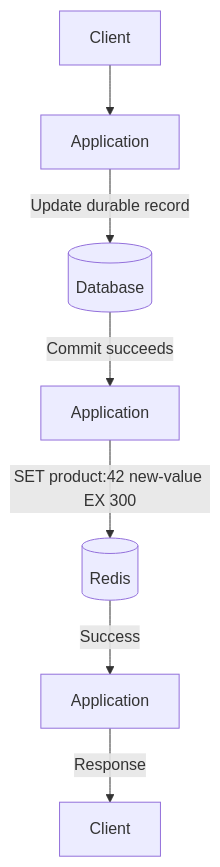
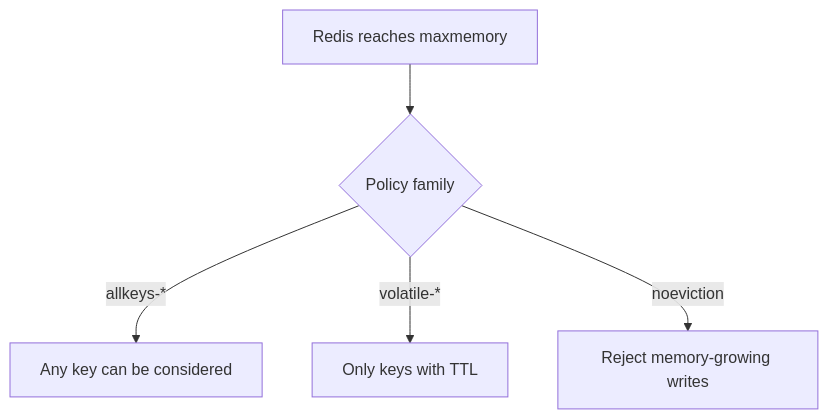
One commit to AvadhBhalodiya/Interview-Preparation changed the fourth of 9 diagrams in src/content/caching/cache-strategies.md. Above: the diagram before and after it, drawn with Mermaid. The commit also changed other lines of this file and 54 other files, not shown here.

````diff
--- a/src/content/caching/cache-strategies.md
+++ b/src/content/caching/cache-strategies.md
@@ -325,9 +335,7 @@
 ```mermaid
 flowchart TD
-    C[Client] --> A[Application]
-    A -->|Update durable record| D[(Database)]
-    D -->|Commit succeeds| A2[Application]
-    A2 -->|"SET product:42 new-value EX 300"| R[(Redis)]
-    R -->|Success| A3[Application]
-    A3 -->|Response| C2[Client]
+    A[Redis reaches maxmemory] --> B{Policy family}
+    B -->|allkeys-*| C[Any key can be considered]
+    B -->|volatile-*| D[Only keys with TTL]
+    B -->|noeviction| E[Reject memory-growing writes]
 ```
````
